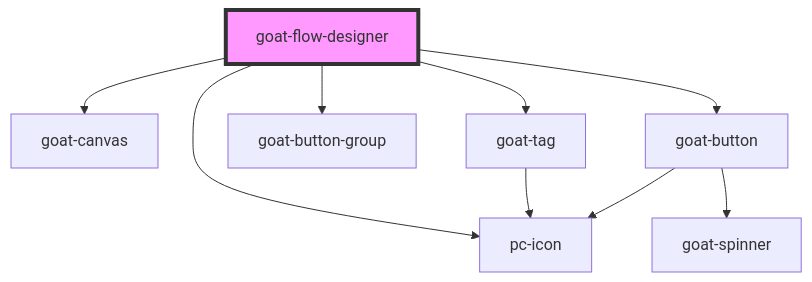
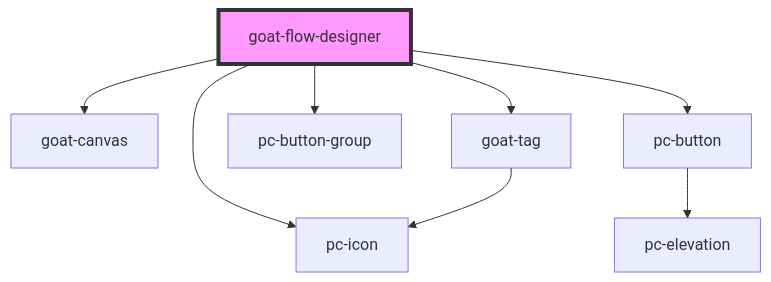
One commit to redvars/peacock changed the diagram in src/components/application/flow-designer/flow-designer/readme.md. Above: the diagram before and after it, drawn with Mermaid. The commit also changed other lines of this file and 280 other files, not shown here.

````diff
--- a/src/components/application/flow-designer/flow-designer/readme.md
+++ b/src/components/application/flow-designer/flow-designer/readme.md
@@ -28,12 +28,11 @@
 ```mermaid
 graph TD;
   goat-flow-designer --> goat-canvas
   goat-flow-designer --> pc-icon
   goat-flow-designer --> goat-tag
-  goat-flow-designer --> goat-button-group
-  goat-flow-designer --> goat-button
+  goat-flow-designer --> pc-button-group
+  goat-flow-designer --> pc-button
   goat-tag --> pc-icon
-  goat-button --> goat-spinner
-  goat-button --> pc-icon
+  pc-button --> pc-elevation
   style goat-flow-designer fill:#f9f,stroke:#333,stroke-width:4px
 ```
````
